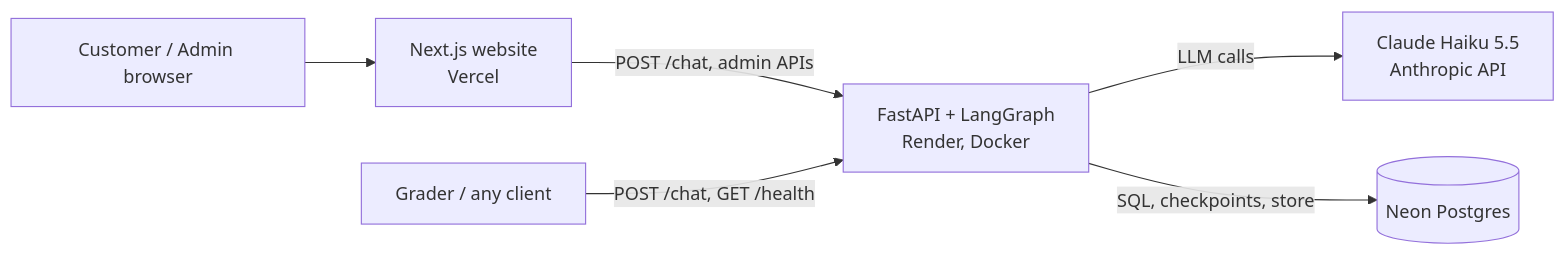
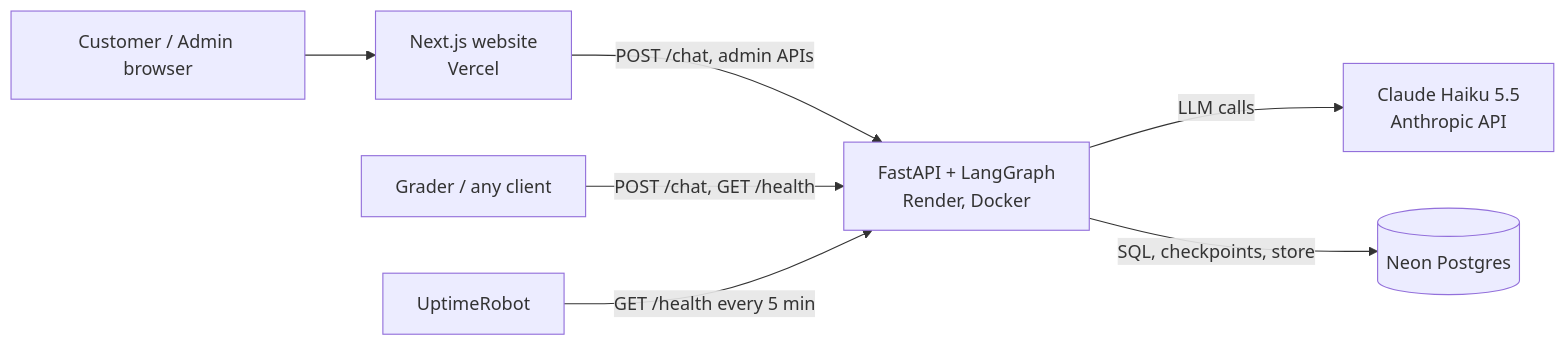
Before and after one commit to aliakbar5914/plotcloser: the first of 2 diagrams in README.md, drawn with Mermaid. The commit also changed other lines of this file and 32 other files, not shown here.

````diff
--- a/README.md
+++ b/README.md
@@ -30,8 +30,9 @@
 ```mermaid
 flowchart LR
     U[Customer / Admin browser] --> W[Next.js website<br/>Vercel]
     W -->|POST /chat, admin APIs| A[FastAPI + LangGraph<br/>Render, Docker]
     G[Grader / any client] -->|POST /chat, GET /health| A
     A -->|LLM calls| C[Claude Haiku 5.5<br/>Anthropic API]
+    M[UptimeRobot] -->|GET /health every 5 min| A
     A -->|SQL, checkpoints, store| D[(Neon Postgres)]
 ```
````
